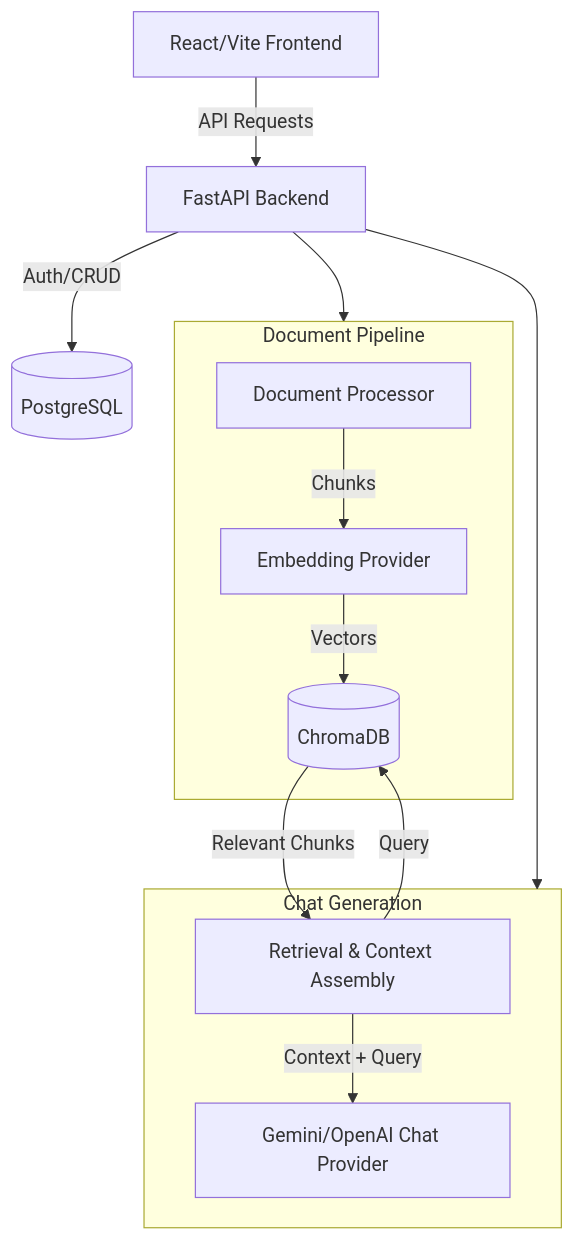
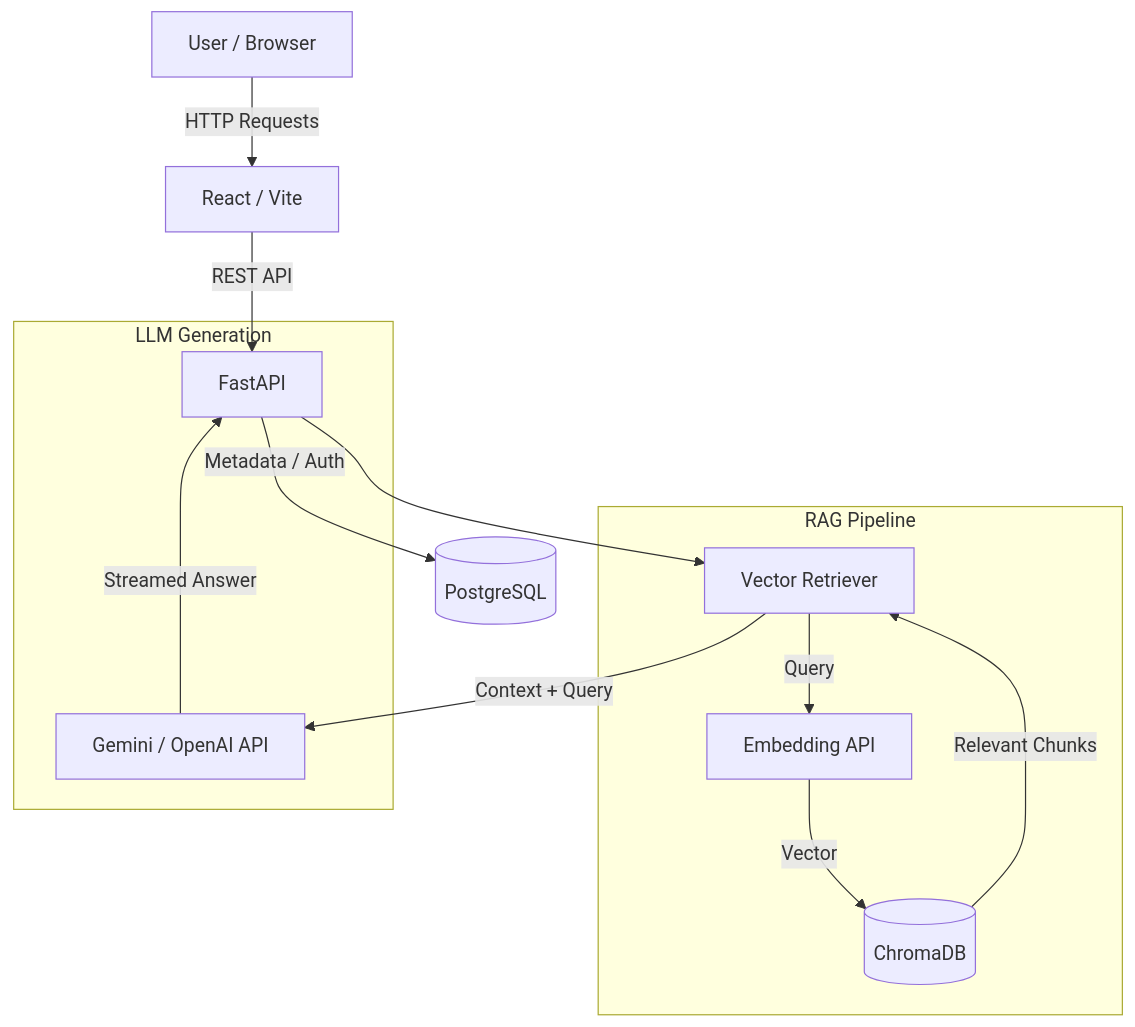
One commit to Shreya71703/documind-ai changed the diagram in README.md. Above: the diagram before and after it, drawn with Mermaid. The commit also changed other lines of this file and 1 other file, not shown here.

Commit message:
docs: rewrite README with architecture diagrams and deployment instructions

````diff
--- a/README.md
+++ b/README.md
@@ -29,26 +36,25 @@
 ```mermaid
 flowchart TD
-    Client[React/Vite Frontend] -->|API Requests| API[FastAPI Backend]
-    API -->|Auth/CRUD| DB[(PostgreSQL)]
+    User[User / Browser] -->|HTTP Requests| Frontend[React / Vite]
+    Frontend -->|REST API| Backend[FastAPI]
+    
+    Backend -->|Metadata / Auth| DB[(PostgreSQL)]
 
-    subgraph Pipeline [Document Pipeline]
-        DocProcessor[Document Processor]
-        Embeddings[Embedding Provider]
+    subgraph RAG Pipeline
+        Retriever[Vector Retriever]
+        EmbeddingModel[Embedding API]
         VectorStore[(ChromaDB)]
 
-        DocProcessor -->|Chunks| Embeddings
-        Embeddings -->|Vectors| VectorStore
+        Retriever -->|Query| EmbeddingModel
+        EmbeddingModel -->|Vector| VectorStore
+        VectorStore -->|Relevant Chunks| Retriever
     end
 
-    subgraph Chat [Chat Generation]
-        Retriever[Retrieval & Context Assembly]
-        LLM[Gemini/OpenAI Chat Provider]
+    Backend --> Retriever
 
-        Retriever -->|Query| VectorStore
-        VectorStore -->|Relevant Chunks| Retriever
+    subgraph LLM Generation
+        LLM[Gemini / OpenAI API]
         Retriever -->|Context + Query| LLM
+        LLM -->|Streamed Answer| Backend
     end
-
-    API --> Pipeline
-    API --> Chat
 ```
````
